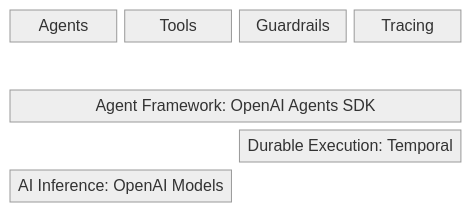
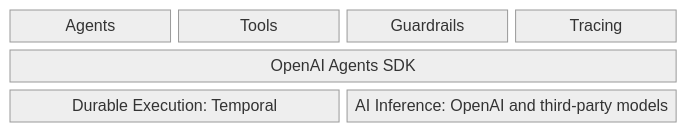
The diagram in temporalio/contrib/openai_agents/README.md (temporalio/sdk-python), drawn with Mermaid (neutral theme) before and after one commit. The commit also changed other lines of this file, not shown here.

Commit message:
formatting

````diff
--- a/temporalio/contrib/openai_agents/README.md
+++ b/temporalio/contrib/openai_agents/README.md
@@ -14,18 +17,14 @@
 ```mermaid
 block-beta
   columns 4
-  
+
   Agents["Agents"]:1
   Tools["Tools"]:1  
   Guardrails["Guardrails"]:1
   Tracing["Tracing"]:1
-  
-  space:4
-  
-  AgentFramework["Agent Framework: OpenAI Agents SDK"]:4
-  
-  space:2
+
+  AgentFramework["OpenAI Agents SDK"]:4
   
   DurableExecution["Durable Execution: Temporal"]:2
-  AIInference["AI Inference: OpenAI Models"]:2
+  AIInference["AI Inference: OpenAI and third-party models"]:2
 ```
````
